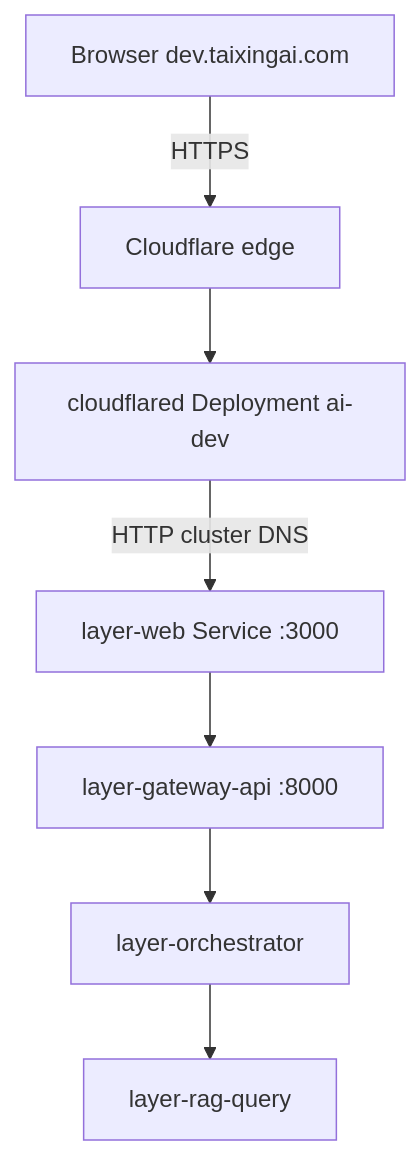
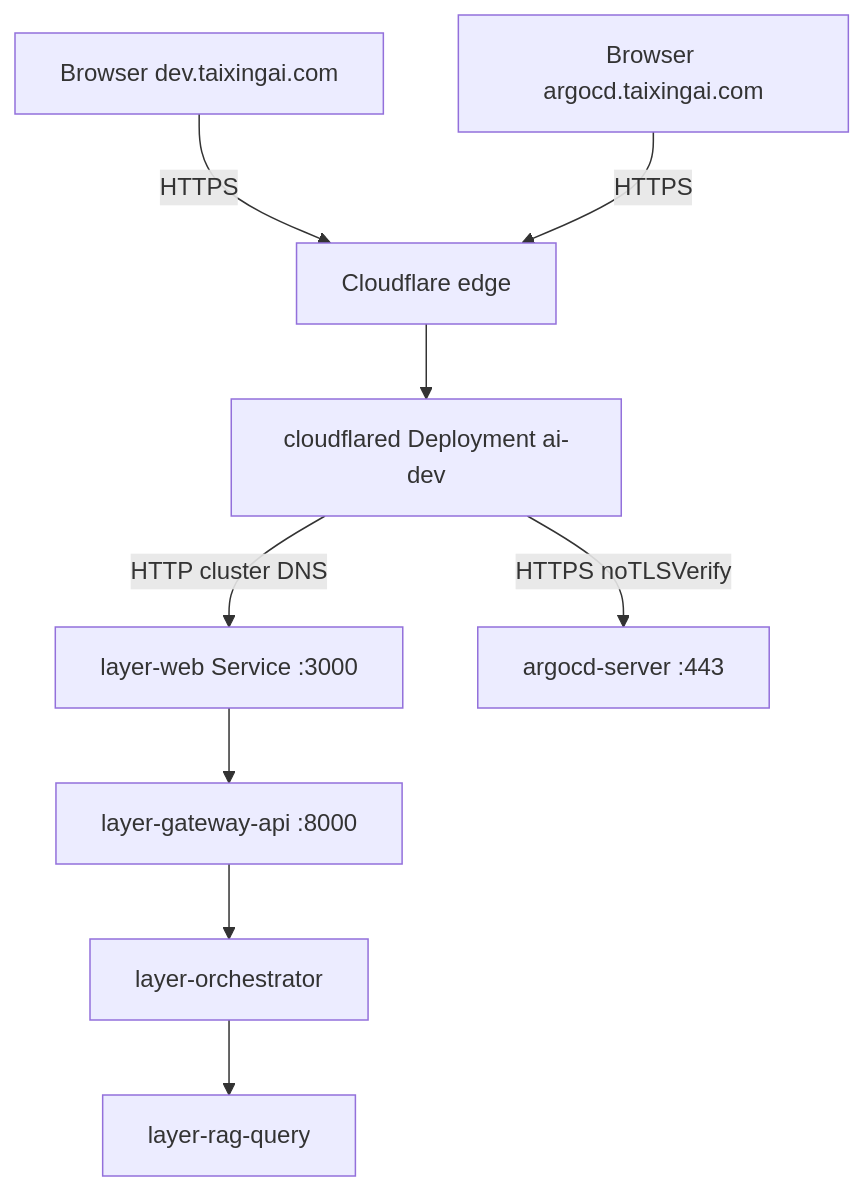
One commit to taixingbi/huntai-k3s changed the diagram in docs/deploy-dev-cloudflare-tunnel.md. Above: the diagram before and after it, drawn with Mermaid. The commit also changed other lines of this file and 10 other files, not shown here.

````diff
--- a/docs/deploy-dev-cloudflare-tunnel.md
+++ b/docs/deploy-dev-cloudflare-tunnel.md
@@ -7,16 +12,20 @@
 ```mermaid
 flowchart TD
-  browser[Browser dev.taixingai.com]
+  browserDev[Browser dev.taixingai.com]
+  browserArgo[Browser argocd.taixingai.com]
   cf[Cloudflare edge]
   tun[cloudflared Deployment ai-dev]
   web[layer-web Service :3000]
+  argo[argocd-server :443]
   gw[layer-gateway-api :8000]
   orch[layer-orchestrator]
   rag[layer-rag-query]
-  browser -->|HTTPS| cf
+  browserDev -->|HTTPS| cf
+  browserArgo -->|HTTPS| cf
   cf --> tun
   tun -->|HTTP cluster DNS| web
+  tun -->|HTTPS noTLSVerify| argo
   web --> gw
   gw --> orch
   orch --> rag
 ```
````
